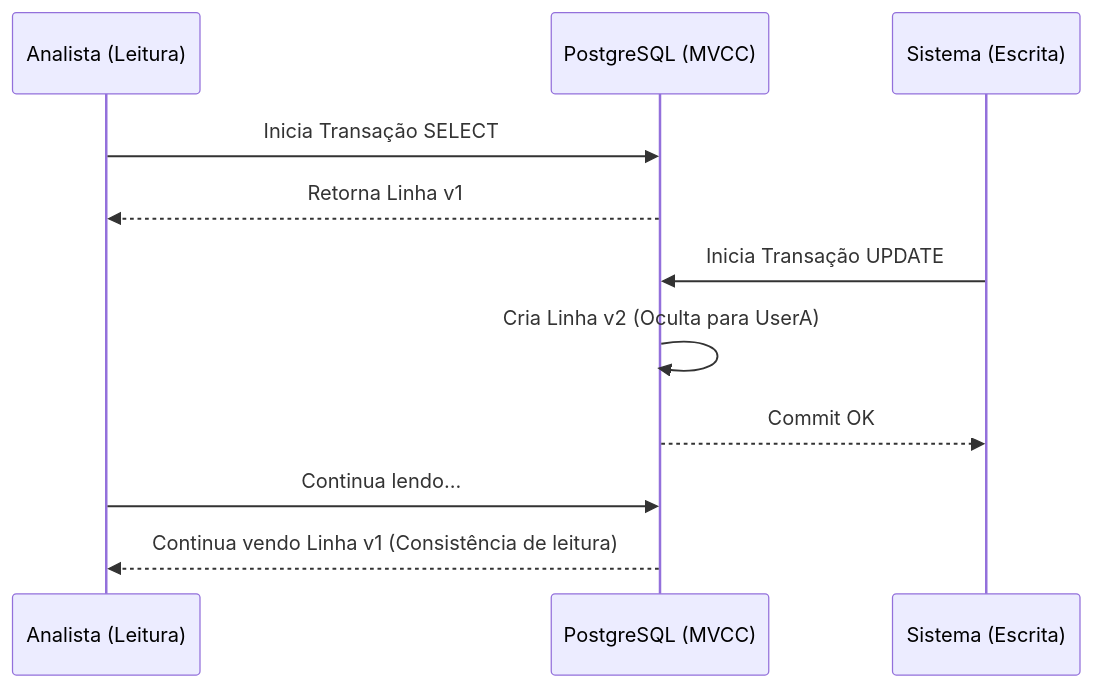
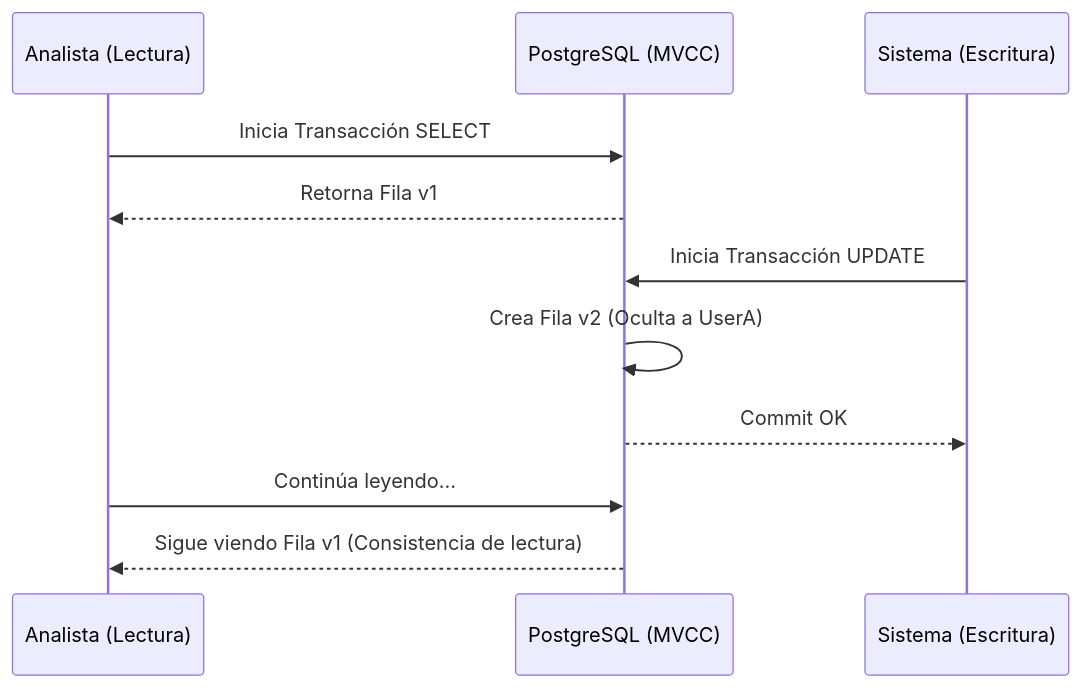
Before and after one commit to gjpierp/nmergeia: the second of 3 diagrams in public/docs/pt/postgres_medio.md, drawn with Mermaid. The commit also changed other lines of this file and 518 other files, not shown here.

````diff
--- a/public/docs/pt/postgres_medio.md
+++ b/public/docs/pt/postgres_medio.md
@@ -68,14 +68,14 @@
 ```mermaid
 sequenceDiagram
-    participant UserA as Analista (Leitura)
+    participant UserA as Analista (Lectura)
     participant DB as PostgreSQL (MVCC)
-    participant UserB as Sistema (Escrita)
+    participant UserB as Sistema (Escritura)
 
-    UserA->>DB: Inicia Transação SELECT
-    DB-->>UserA: Retorna Linha v1
-    UserB->>DB: Inicia Transação UPDATE
-    DB->>DB: Cria Linha v2 (Oculta para UserA)
+    UserA->>DB: Inicia Transacción SELECT
+    DB-->>UserA: Retorna Fila v1
+    UserB->>DB: Inicia Transacción UPDATE
+    DB->>DB: Crea Fila v2 (Oculta a UserA)
     DB-->>UserB: Commit OK
-    UserA->>DB: Continua lendo...
-    DB-->>UserA: Continua vendo Linha v1 (Consistência de leitura)
+    UserA->>DB: Continúa leyendo...
+    DB-->>UserA: Sigue viendo Fila v1 (Consistencia de lectura)
 ```
````
